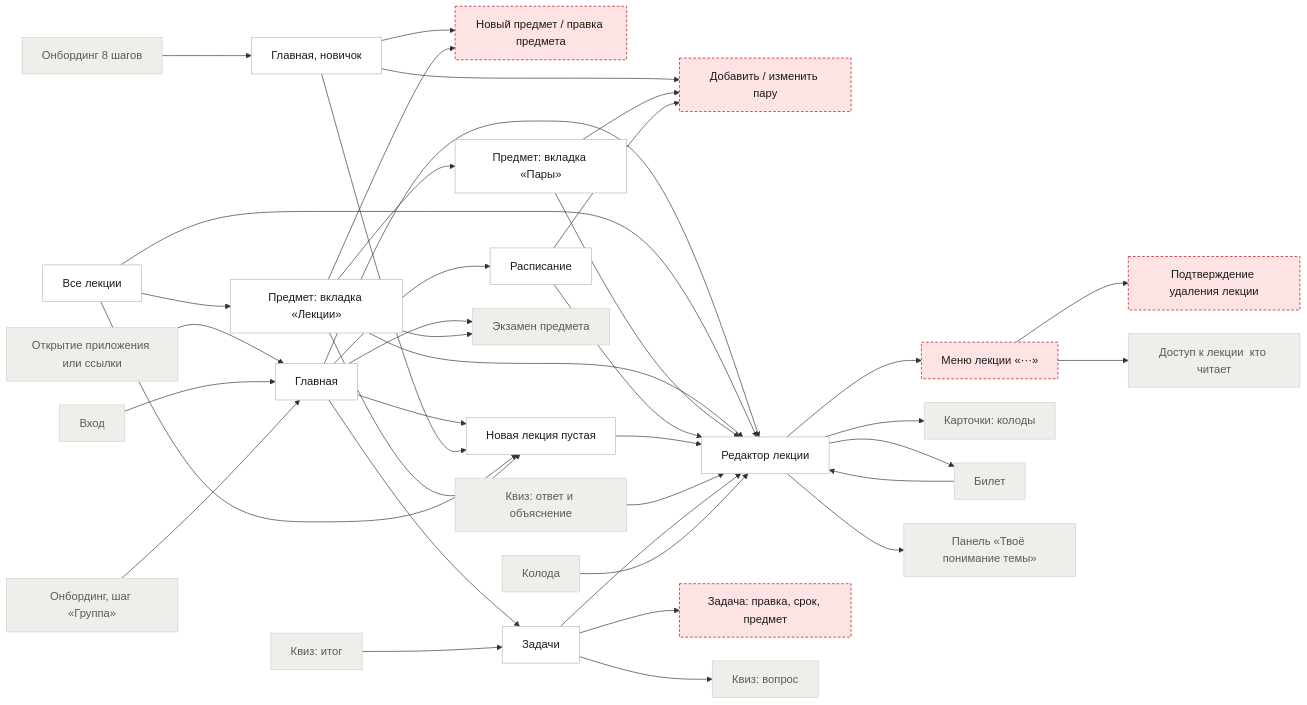
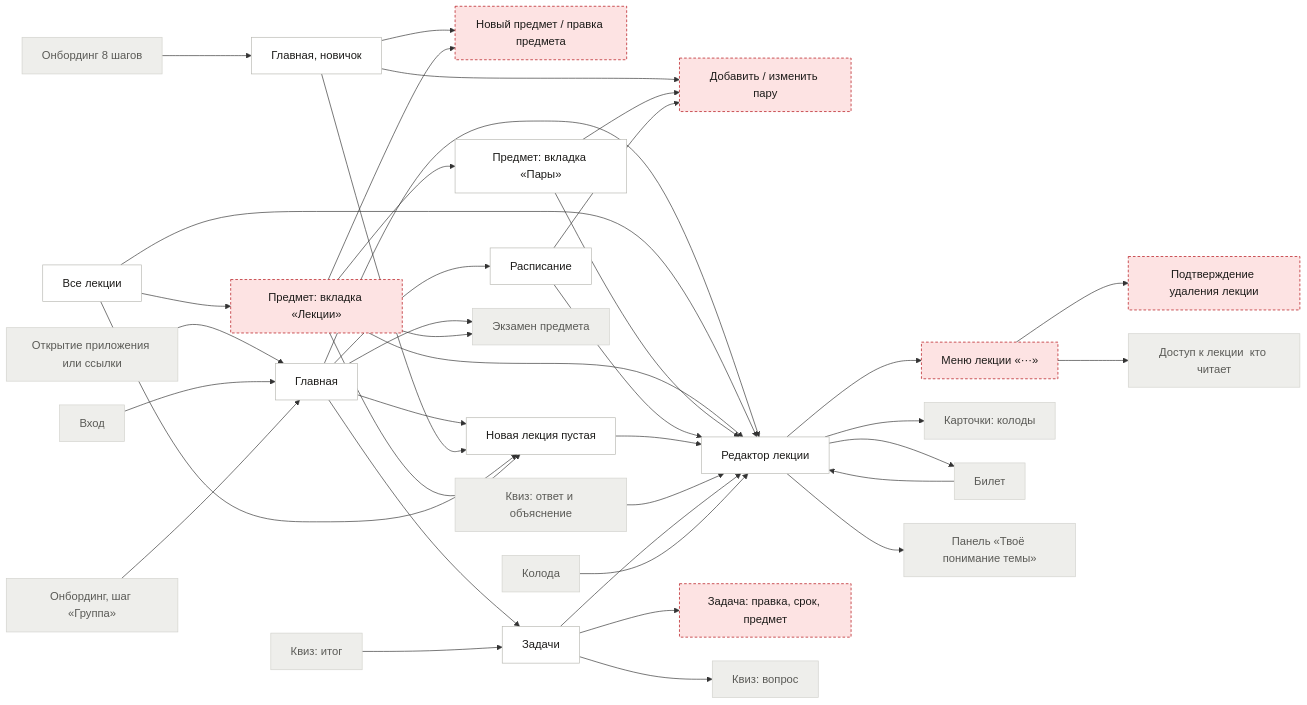
The second of 6 diagrams in docs/design/ia/userflow.md (misha-quartzevsky/cohorta), drawn with Mermaid before and after one commit. The commit also changed other lines of this file and 57 other files, not shown here.

```diff
--- a/docs/design/ia/userflow.md
+++ b/docs/design/ia/userflow.md
@@ -187,7 +187,7 @@
   class home ok
   class home_new ok
   class lectures ok
-  class subject ok
+  class subject no
   class subject_new no
   class pairs ok
   class pair_edit no
```
